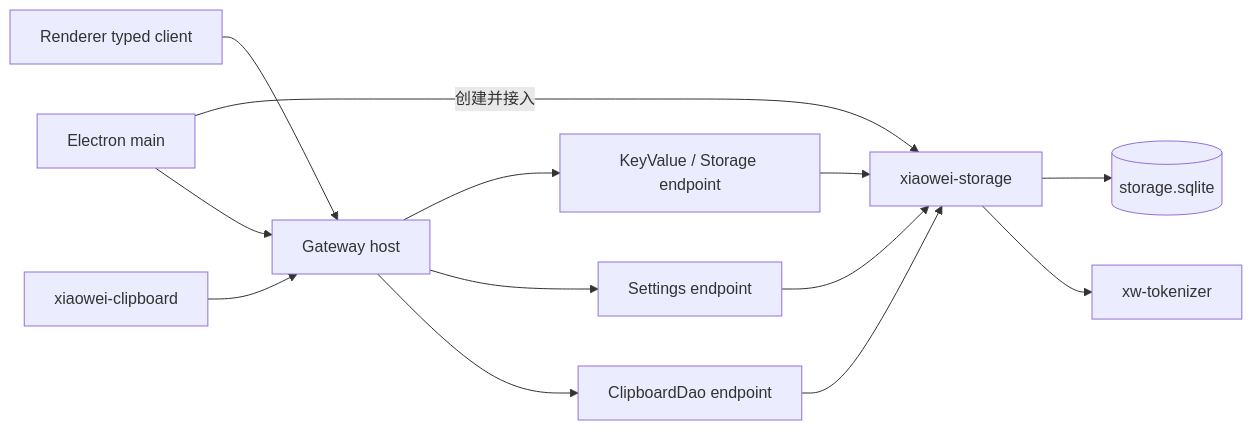
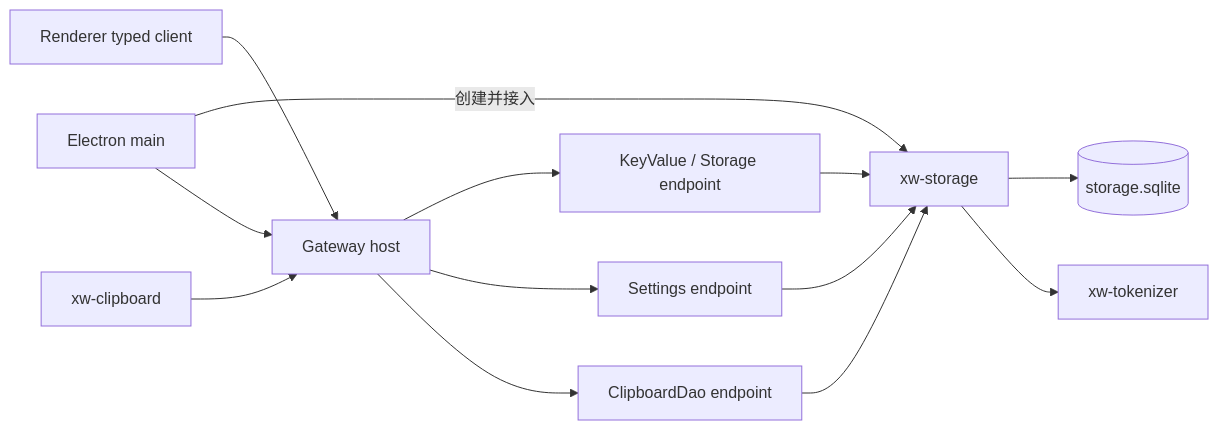
One commit to tctony-labs/xiaowei changed the diagram in docs/storage.md. Above: the diagram before and after it, drawn with Mermaid. The commit also changed other lines of this file and 127 other files, not shown here.

````diff
--- a/docs/storage.md
+++ b/docs/storage.md
@@ -9,15 +9,15 @@
 ```mermaid
 flowchart LR
-    Main[Electron main] -->|创建并接入| Storage[xiaowei-storage]
+    Main[Electron main] -->|创建并接入| Storage[xw-storage]
     Renderer[Renderer typed client] --> Host[Gateway host]
-    Clipboard[xiaowei-clipboard] --> Host
+    Clipboard[xw-clipboard] --> Host
     Main --> Host
     Host --> KV[KeyValue / Storage endpoint]
     Host --> Settings[Settings endpoint]
     Host --> DAO[ClipboardDao endpoint]
     KV --> Storage
     Settings --> Storage
     DAO --> Storage
     Storage --> DB[(storage.sqlite)]
     Storage --> Tokenizer[xw-tokenizer]
 ```
````
